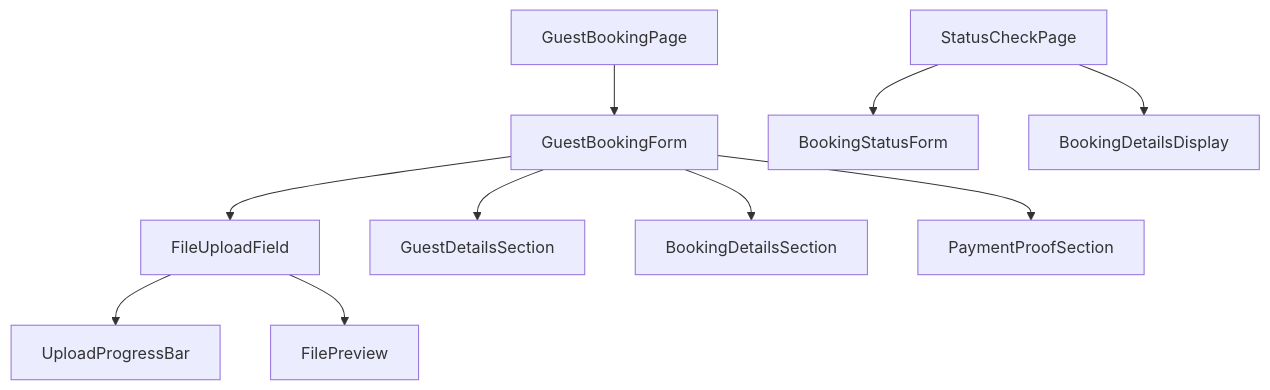
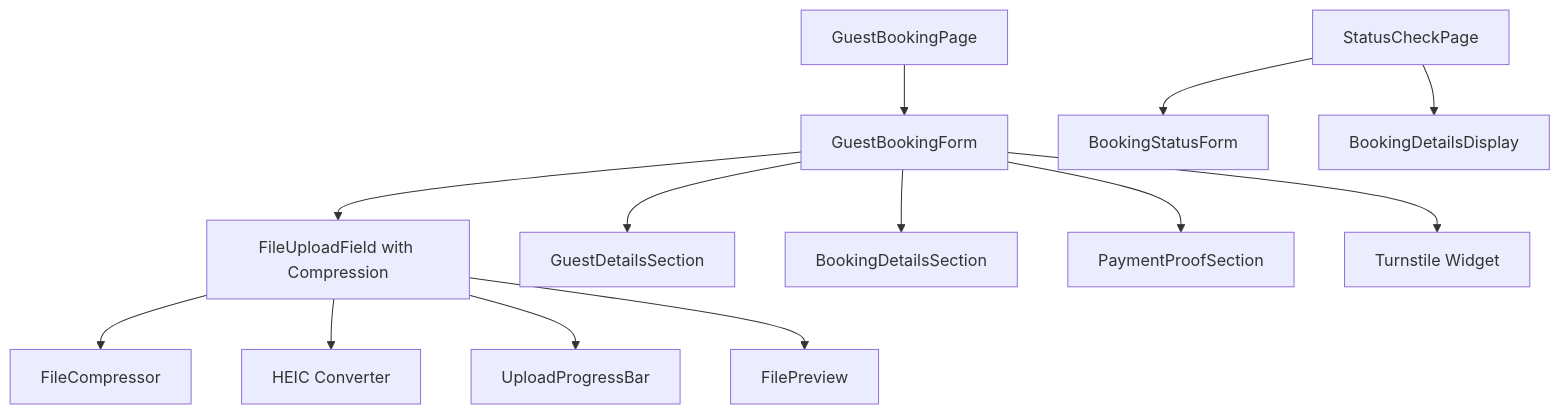
The diagram in docs/implementation/guest-booking-system/03-frontend-implementation.md (okaeri-rh-dev/okaeri-resort-system), drawn with Mermaid before and after one commit. The commit also changed other lines of this file and 6 other files, not shown here.

````diff
--- a/docs/implementation/guest-booking-system/03-frontend-implementation.md
+++ b/docs/implementation/guest-booking-system/03-frontend-implementation.md
@@ -9,14 +24,17 @@
 ```mermaid
 graph TD
     A[GuestBookingPage] --> B[GuestBookingForm]
-    B --> C[FileUploadField]
+    B --> C[FileUploadField with Compression]
     B --> D[GuestDetailsSection]
     B --> E[BookingDetailsSection]
     B --> F[PaymentProofSection]
+    B --> G[Turnstile Widget]
 
-    G[StatusCheckPage] --> H[BookingStatusForm]
-    G --> I[BookingDetailsDisplay]
+    H[StatusCheckPage] --> I[BookingStatusForm]
+    H --> J[BookingDetailsDisplay]
 
-    C --> J[UploadProgressBar]
-    C --> K[FilePreview]
+    C --> K[FileCompressor]
+    C --> L[HEIC Converter]
+    C --> M[UploadProgressBar]
+    C --> N[FilePreview]
 ```
````
